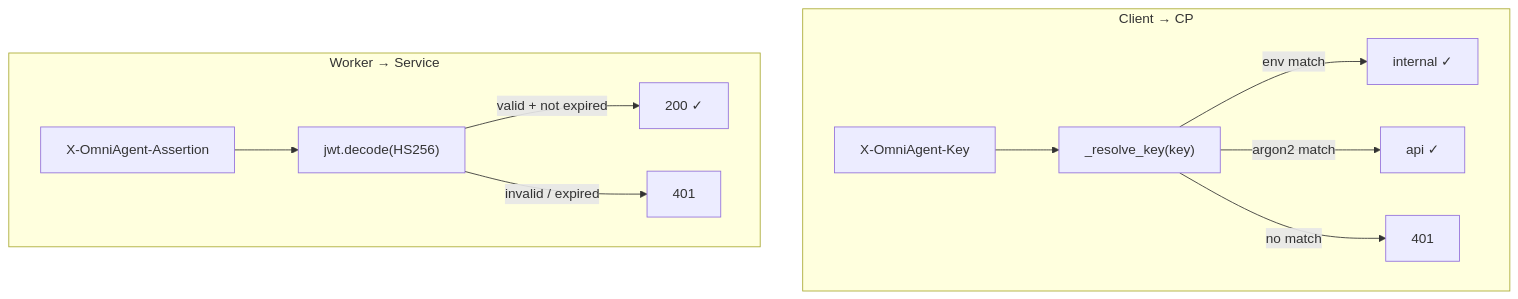
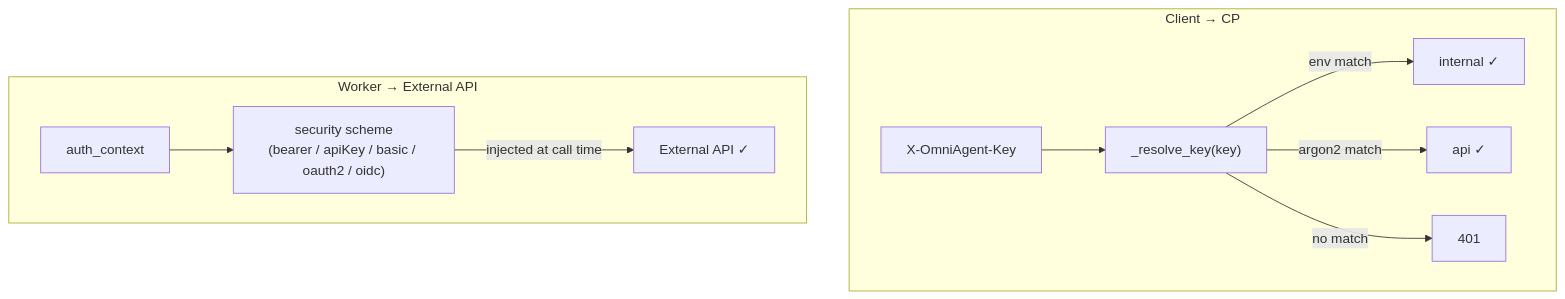
The fourth of 4 diagrams in README.md (Sheerabth/omniagent), drawn with Mermaid before and after one commit. The commit also changed other lines of this file and 13 other files, not shown here.

````diff
--- a/README.md
+++ b/README.md
@@ -78,14 +69,13 @@
 ```mermaid
 flowchart TD
     subgraph "Client → CP"
         Req1["X-OmniAgent-Key"] --> Resolve["_resolve_key(key)"]
         Resolve -->|"env match"| Internal["internal ✓"]
         Resolve -->|"argon2 match"| Api["api ✓"]
         Resolve -->|"no match"| Deny1["401"]
     end
-    subgraph "Worker → Service"
-        Req2["X-OmniAgent-Assertion"] --> JWT["jwt.decode(HS256)"]
-        JWT -->|"valid + not expired"| Allow["200 ✓"]
-        JWT -->|"invalid / expired"| Deny2["401"]
+    subgraph "Worker → External API"
+        Req3["auth_context"] --> Sec["security scheme<br/>(bearer / apiKey / basic / oauth2 / oidc)"]
+        Sec -->|"injected at call time"| Ext["External API ✓"]
     end
 ```
````
